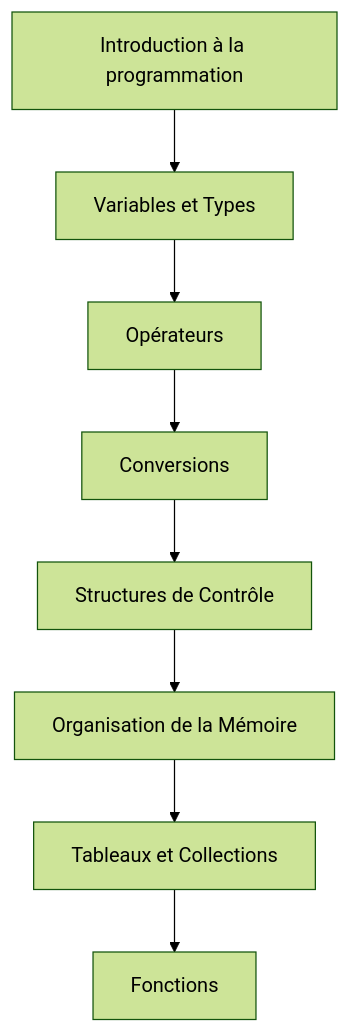
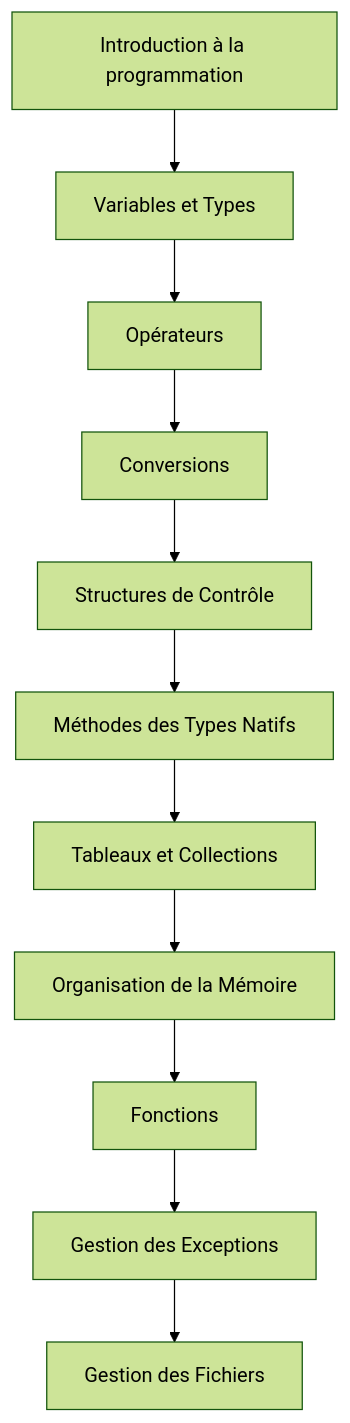
The diagram in docs/0-introduction.md (fpluquet/csharp-intro-syllabus), drawn with Mermaid (forest theme) before and after one commit.

Commit message:
Update flowchart in introduction.md to reflect changes in topics: replace 'Organisation de la Mémoire' with 'Méthodes des Types Natifs' and add 'Gestion des Exceptions' and 'Gestion des Fichiers'.

````diff
--- a/docs/0-introduction.md
+++ b/docs/0-introduction.md
@@ -112,11 +112,14 @@
 ```mermaid
 flowchart TD
     A[Introduction à la programmation] --> B[Variables et Types]
     B --> C[Opérateurs]
     C --> D[Conversions]
     D --> E[Structures de Contrôle]
-    E --> F[Organisation de la Mémoire]
+    E --> F[Méthodes des Types Natifs]
     F --> G[Tableaux et Collections]
-    G --> H[Fonctions]
+    G --> H[Organisation de la Mémoire]
+    H --> I[Fonctions]
+    I --> J[Gestion des Exceptions]
+    J --> K[Gestion des Fichiers]
     
 ```
````
